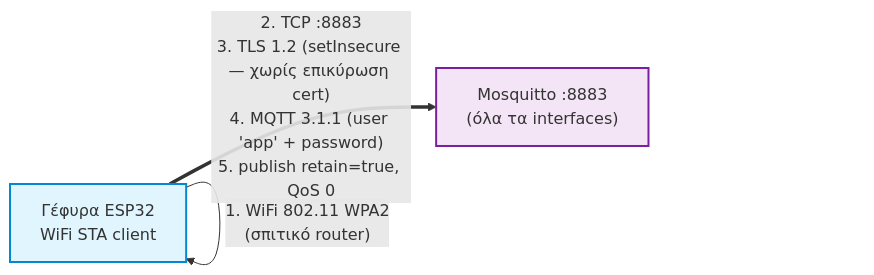
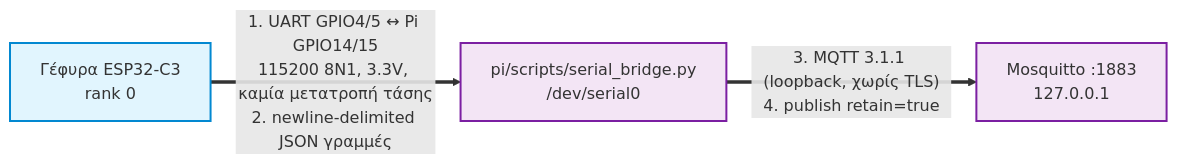
One commit to vtsitotas/GreenHouse changed the second of 8 diagrams in docs/ARCHITECTURE.md. Above: the diagram before and after it, drawn with Mermaid. The commit also changed other lines of this file and 4 other files, not shown here.

First line of the commit message:
docs: sync architecture/technical docs with the UART bridge implementation

````diff
--- a/docs/ARCHITECTURE.md
+++ b/docs/ARCHITECTURE.md
@@ -67,11 +68,12 @@
 ```mermaid
 flowchart LR
     classDef hw fill:#e1f5fe,stroke:#0288d1,stroke-width:2px;
     classDef sw fill:#f3e5f5,stroke:#7b1fa2,stroke-width:2px;
 
-    Bridge["Γέφυρα ESP32<br/>WiFi STA client"]:::hw
-    Broker["Mosquitto :8883<br/>(όλα τα interfaces)"]:::sw
+    Bridge["Γέφυρα ESP32-C3<br/>rank 0"]:::hw
+    Serial["pi/scripts/serial_bridge.py<br/>/dev/serial0"]:::sw
+    Broker["Mosquitto :1883<br/>127.0.0.1"]:::sw
 
-    Bridge -->|"1. WiFi 802.11 WPA2<br/>(σπιτικό router)"| Bridge
-    Bridge ==>|"2. TCP :8883<br/>3. TLS 1.2 (setInsecure — χωρίς επικύρωση cert)<br/>4. MQTT 3.1.1 (user 'app' + password)<br/>5. publish retain=true, QoS 0"| Broker
+    Bridge ==>|"1. UART GPIO4/5 ↔ Pi GPIO14/15<br/>115200 8N1, 3.3V, καμία μετατροπή τάσης<br/>2. newline-delimited JSON γραμμές"| Serial
+    Serial ==>|"3. MQTT 3.1.1 (loopback, χωρίς TLS)<br/>4. publish retain=true"| Broker
 ```
````
